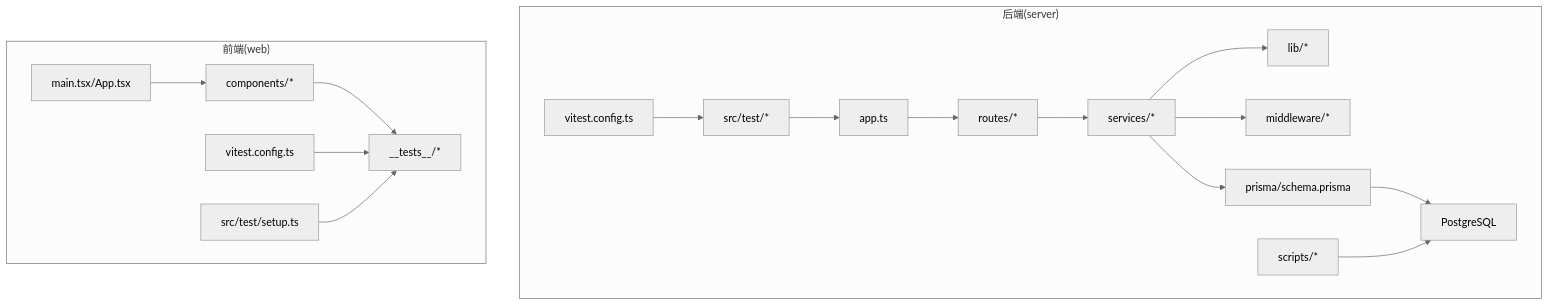
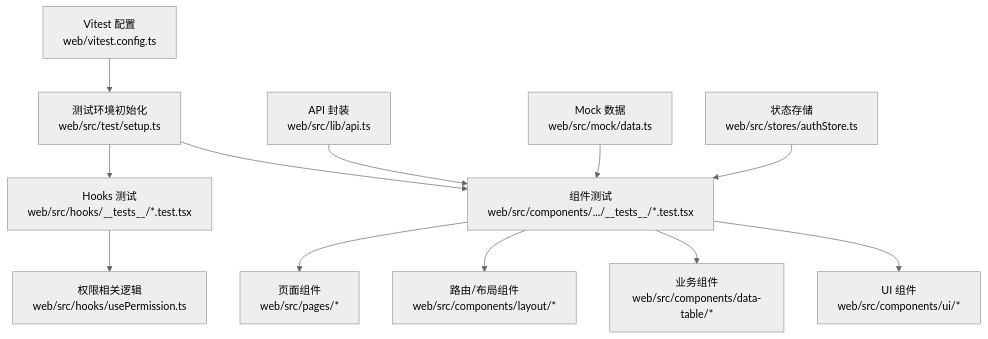
The first of 3 diagrams in .qoder/repowiki/zh/content/测试策略/测试策略.md (Damao997/newproject), drawn with Mermaid (neutral theme) before and after one commit. The commit also changed other lines of this file and 391 other files, not shown here.

````diff
--- a/.qoder/repowiki/zh/content/测试策略/测试策略.md
+++ b/.qoder/repowiki/zh/content/测试策略/测试策略.md
@@ -64,20 +52,14 @@
 ```mermaid
 graph TB
-subgraph "后端(server)"
-A["app.ts"] --> B["routes/*"]
-B --> C["services/*"]
-C --> D["lib/*"]
-C --> E["middleware/*"]
-C --> F["prisma/schema.prisma"]
-F --> G["PostgreSQL"]
-H["scripts/*"] --> G
-I["src/test/*"] --> A
-J["vitest.config.ts"] --> I
-end
-subgraph "前端(web)"
-K["main.tsx/App.tsx"] --> L["components/*"]
-L --> M["__tests__/*"]
-N["vitest.config.ts"] --> M
-O["src/test/setup.ts"] --> M
-end
+A["Vitest 配置<br/>web/vitest.config.ts"] --> B["测试环境初始化<br/>web/src/test/setup.ts"]
+B --> C["组件测试<br/>web/src/components/.../__tests__/*.test.tsx"]
+B --> D["Hooks 测试<br/>web/src/hooks/__tests__/*.test.tsx"]
+C --> E["UI 组件<br/>web/src/components/ui/*"]
+C --> F["业务组件<br/>web/src/components/data-table/*"]
+D --> G["权限相关逻辑<br/>web/src/hooks/usePermission.ts"]
+C --> H["路由/布局组件<br/>web/src/components/layout/*"]
+C --> I["页面组件<br/>web/src/pages/*"]
+J["API 封装<br/>web/src/lib/api.ts"] --> C
+K["Mock 数据<br/>web/src/mock/data.ts"] --> C
+L["状态存储<br/>web/src/stores/authStore.ts"] --> C
 ```
````
